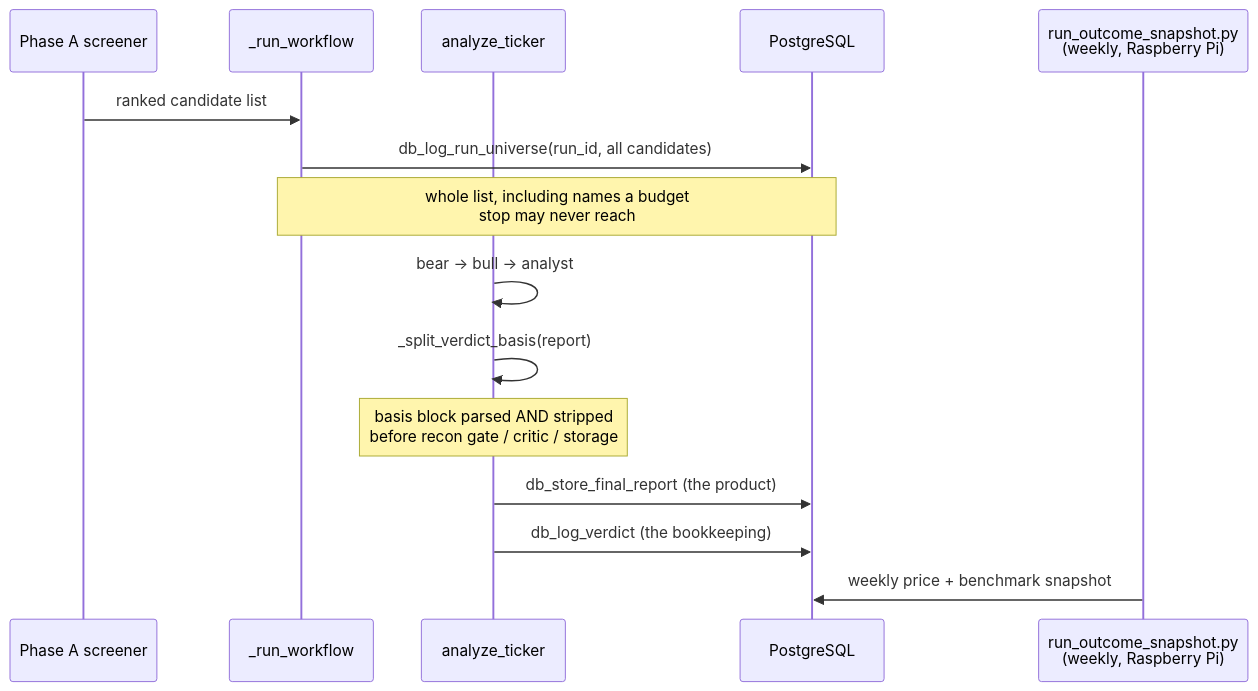
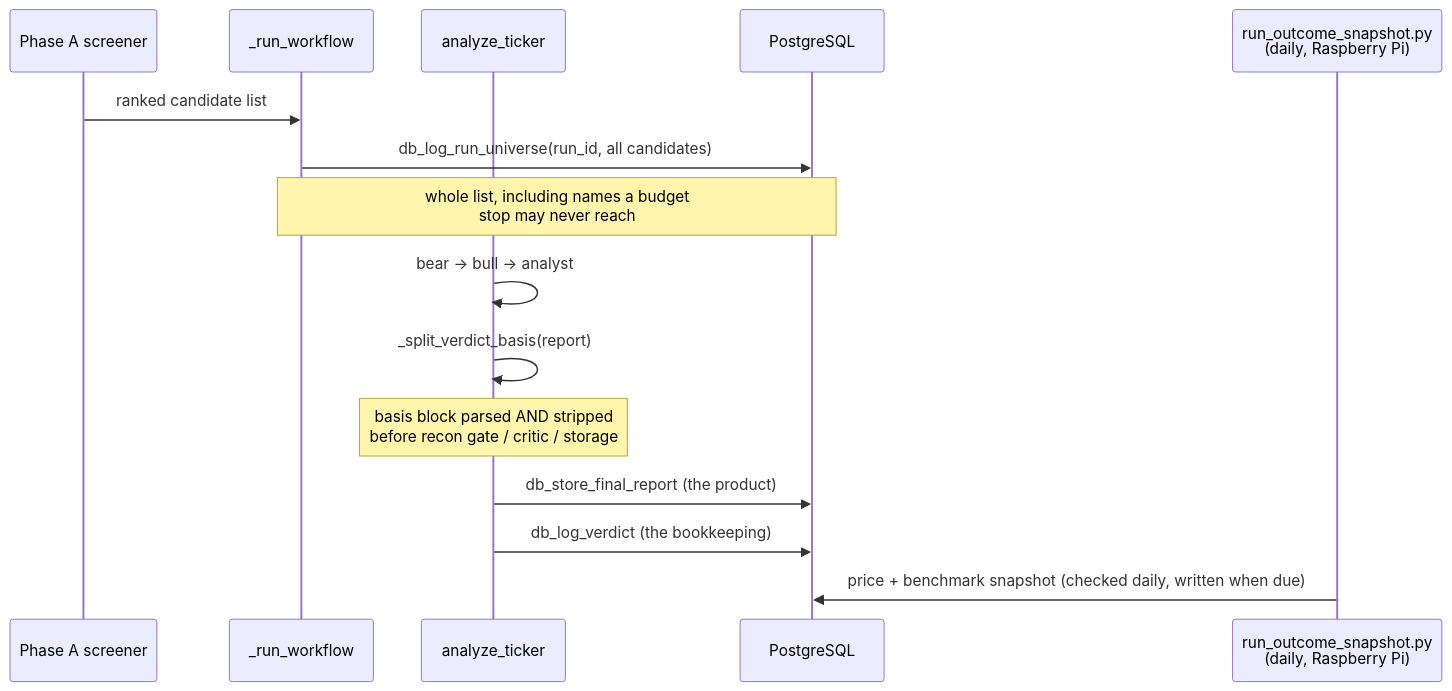
The diagram in docs/12-verdict-ledger.md (sun4github/magic-stock-picker), drawn with Mermaid before and after one commit. The commit also changed other lines of this file and 7 other files, not shown here.

First line of the commit message:
Run ledger sync/snapshot cron daily instead of weekly

````diff
--- a/docs/12-verdict-ledger.md
+++ b/docs/12-verdict-ledger.md
@@ -97,18 +97,18 @@
 ```mermaid
 sequenceDiagram
     participant Screen as Phase A screener
     participant Run as _run_workflow
     participant Analyze as analyze_ticker
     participant DB as PostgreSQL
-    participant Cron as run_outcome_snapshot.py<br/>(weekly, Raspberry Pi)
+    participant Cron as run_outcome_snapshot.py<br/>(daily, Raspberry Pi)
 
     Screen->>Run: ranked candidate list
     Run->>DB: db_log_run_universe(run_id, all candidates)
     Note over Run,DB: whole list, including names a budget<br/>stop may never reach
     Analyze->>Analyze: bear -> bull -> analyst
     Analyze->>Analyze: _split_verdict_basis(report)
     Note over Analyze: basis block parsed AND stripped<br/>before recon gate / critic / storage
     Analyze->>DB: db_store_final_report (the product)
     Analyze->>DB: db_log_verdict (the bookkeeping)
-    Cron->>DB: weekly price + benchmark snapshot
+    Cron->>DB: price + benchmark snapshot (checked daily, written when due)
 ```
````
